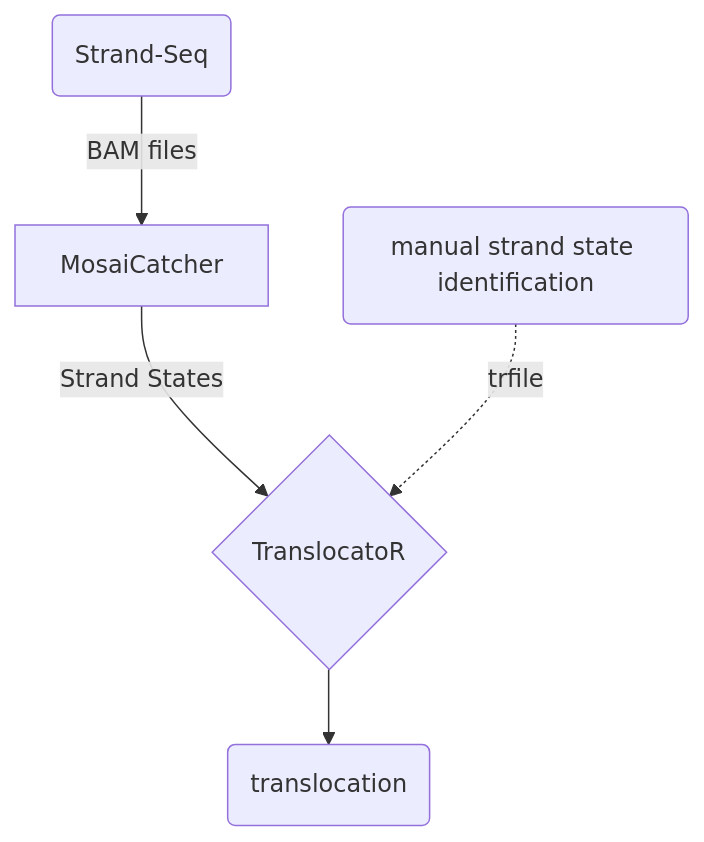
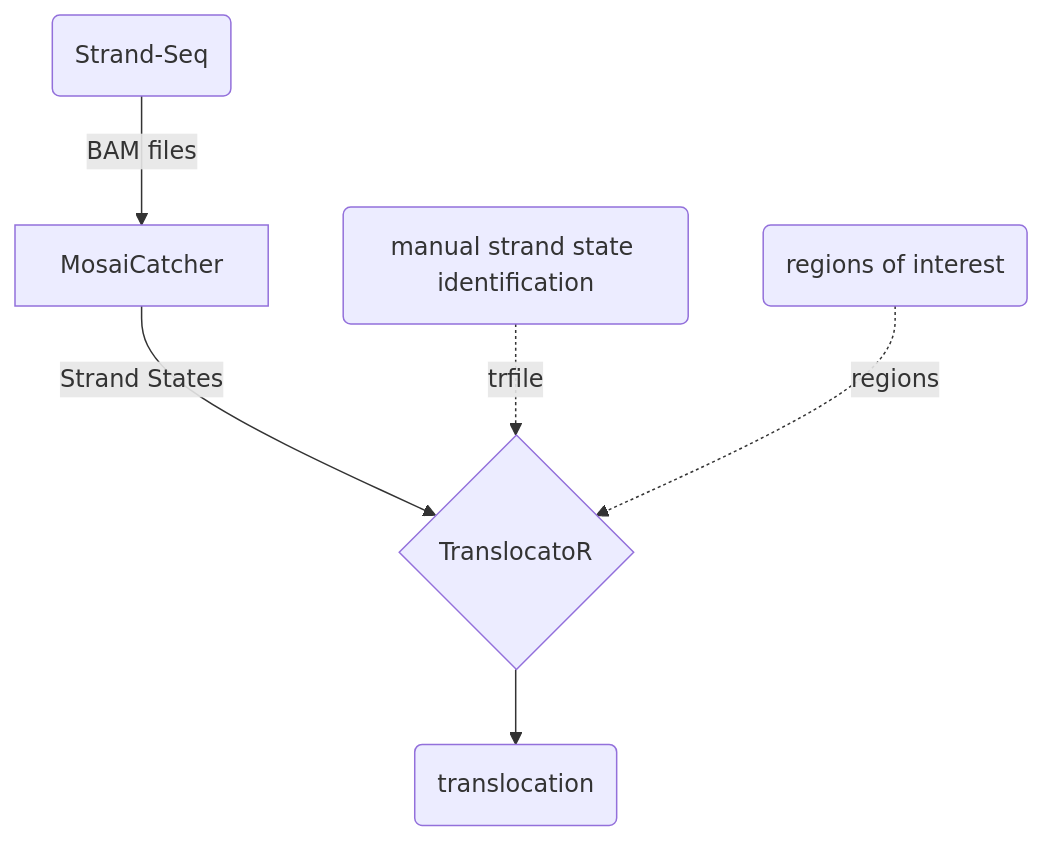
Before and after one commit to friendsofstrandseq/TranslocatoR: the diagram in README.md, drawn with Mermaid. The commit also changed other lines of this file, not shown here.

````diff
--- a/README.md
+++ b/README.md
@@ -142,13 +166,14 @@
 ```mermaid
 graph TB
 
 n1(Strand-Seq) -->|BAM files| n2[MosaiCatcher]
 n2 --> |Strand States| n4{TranslocatoR}
 n3(manual strand state identification)-.trfile.->  n4
 n4 -->n5(translocation)
+n6(regions of interest)-.regions.->  n4
 
 
 
 
 
 ```
````
